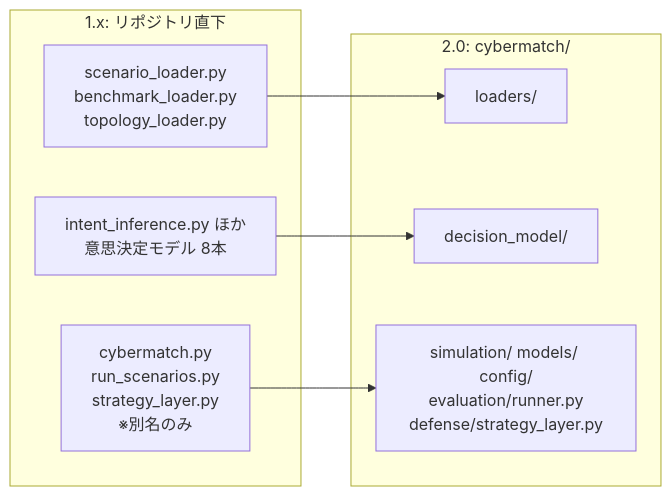
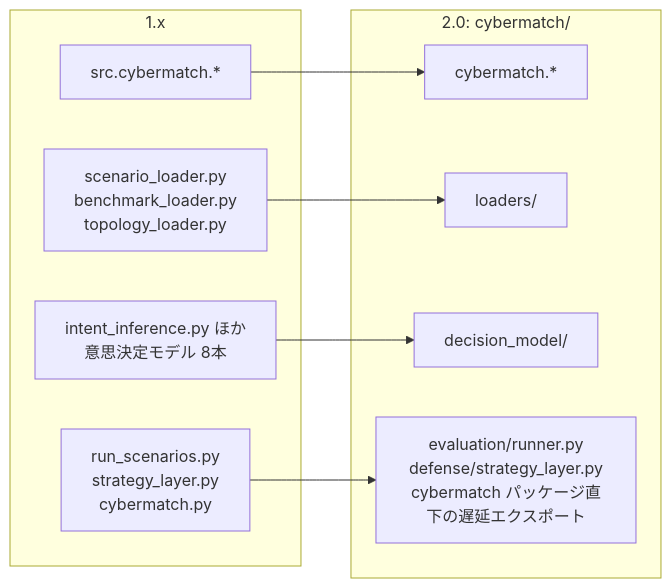
Before and after one commit to buildko89/cybermatch-framework: the second of 2 diagrams in docs/06_public_api.md, drawn with Mermaid. The commit also changed other lines of this file and 9 other files, not shown here.

````diff
--- a/docs/06_public_api.md
+++ b/docs/06_public_api.md
@@ -54,16 +55,19 @@
 ```mermaid
 flowchart LR
-    subgraph Old["1.x: リポジトリ直下"]
+    subgraph Old["1.x"]
+        O0["src.cybermatch.*"]
         O1[scenario_loader.py<br/>benchmark_loader.py<br/>topology_loader.py]
         O2[intent_inference.py ほか<br/>意思決定モデル 8本]
-        O3[cybermatch.py<br/>run_scenarios.py<br/>strategy_layer.py<br/>※別名のみ]
+        O3[run_scenarios.py<br/>strategy_layer.py<br/>cybermatch.py]
     end
     subgraph New["2.0: cybermatch/"]
+        N0["cybermatch.*"]
         N1[loaders/]
         N2[decision_model/]
-        N3[simulation/ models/ config/<br/>evaluation/runner.py<br/>defense/strategy_layer.py]
+        N3[evaluation/runner.py<br/>defense/strategy_layer.py<br/>cybermatch パッケージ直下の遅延エクスポート]
     end
+    O0 --> N0
     O1 --> N1
     O2 --> N2
     O3 --> N3
 ```
````
